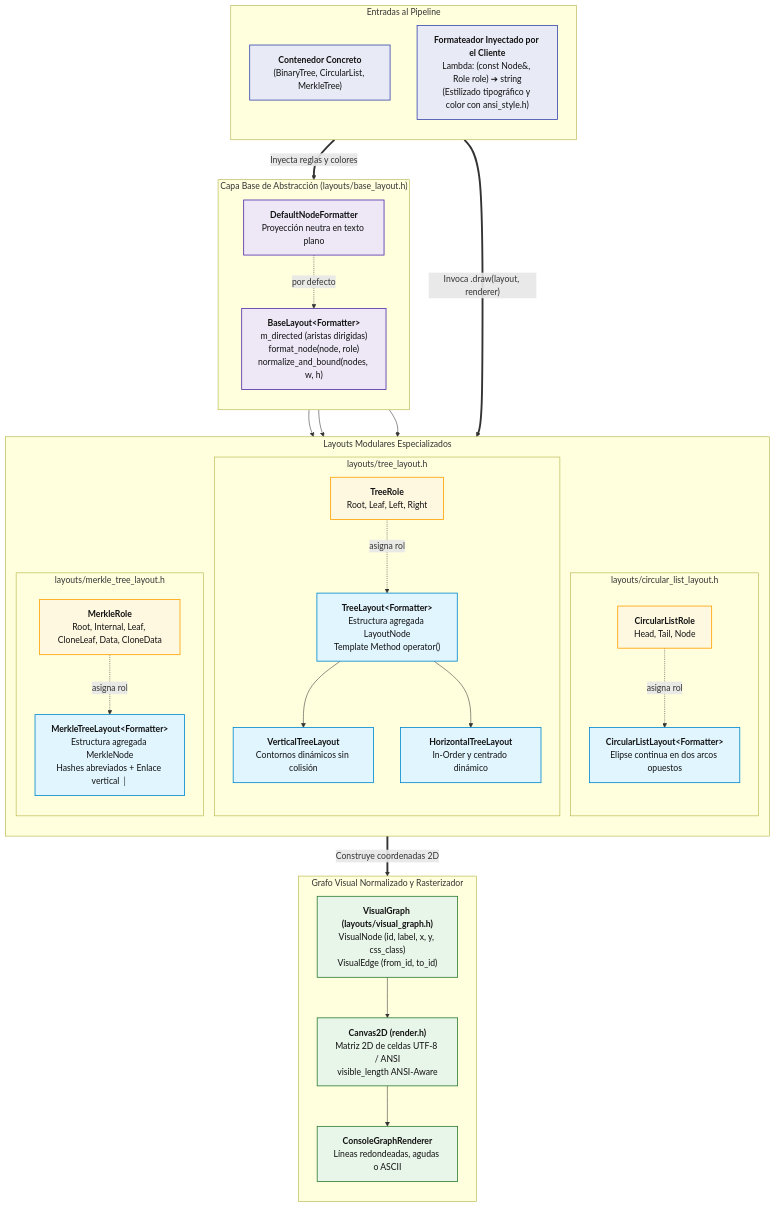
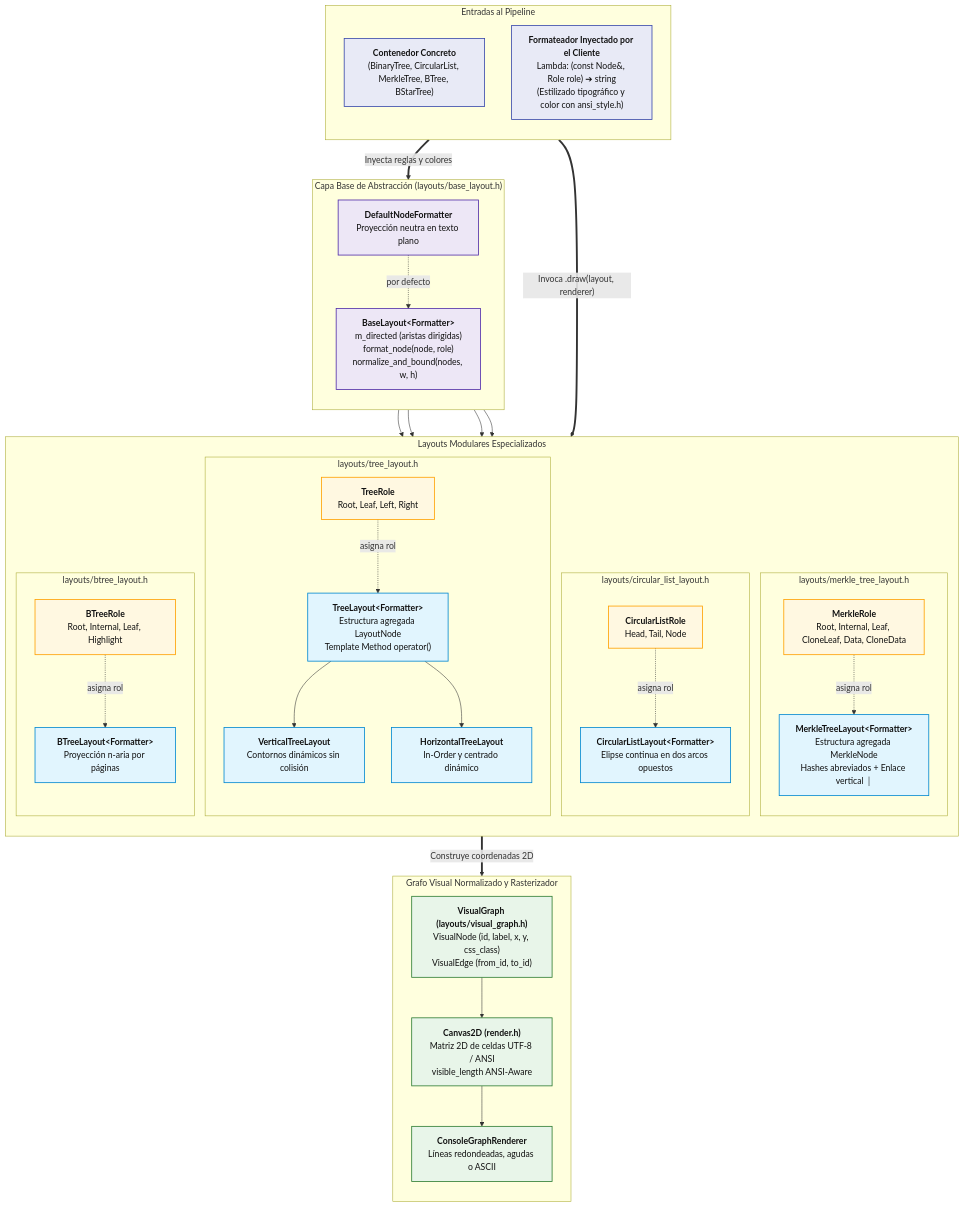
The sixth of 13 diagrams in README.md (ecuadros/2026-II-CS-UNI-CC0E5-AEDAv), drawn with Mermaid before and after one commit. The commit also changed other lines of this file and 20 other files, not shown here.

````diff
--- a/README.md
+++ b/README.md
@@ -412,68 +419,75 @@
 ```mermaid
 flowchart TB
     subgraph INPUT["Entradas al Pipeline"]
         direction TB
-        CONT["<b>Contenedor Concreto</b><br/>(BinaryTree, CircularList, MerkleTree)"]
+        CONT["<b>Contenedor Concreto</b><br/>(BinaryTree, CircularList, MerkleTree, BTree, BStarTree)"]
         FMT["<b>Formateador Inyectado por el Cliente</b><br/>Lambda: (const Node&, Role role) ➔ string<br/>(Estilizado tipográfico y color con ansi_style.h)"]
     end
 
     subgraph BASE["Capa Base de Abstracción (layouts/base_layout.h)"]
         direction TB
         BL["<b>BaseLayout#lt;Formatter#gt;</b><br/>m_directed (aristas dirigidas)<br/>format_node(node, role)<br/>normalize_and_bound(nodes, w, h)"]
         DF["<b>DefaultNodeFormatter</b><br/>Proyección neutra en texto plano"]
         DF -. "por defecto" .-> BL
     end
 
     subgraph LAYOUTS["Layouts Modulares Especializados"]
         direction TB
         subgraph TREE_MOD["layouts/tree_layout.h"]
             TL["<b>TreeLayout#lt;Formatter#gt;</b><br/>Estructura agregada LayoutNode<br/>Template Method operator()"]
             VTL["<b>VerticalTreeLayout</b><br/>Contornos dinámicos sin colisión"]
             HTL["<b>HorizontalTreeLayout</b><br/>In-Order y centrado dinámico"]
             TR["<b>TreeRole</b><br/>Root, Leaf, Left, Right"]
             TL --> VTL
             TL --> HTL
             TR -. "asigna rol" .-> TL
         end
 
         subgraph CIRC_MOD["layouts/circular_list_layout.h"]
             CLL["<b>CircularListLayout#lt;Formatter#gt;</b><br/>Elipse continua en dos arcos opuestos"]
             CLR["<b>CircularListRole</b><br/>Head, Tail, Node"]
             CLR -. "asigna rol" .-> CLL
         end
 
         subgraph MERKLE_MOD["layouts/merkle_tree_layout.h"]
             MTL["<b>MerkleTreeLayout#lt;Formatter#gt;</b><br/>Estructura agregada MerkleNode<br/>Hashes abreviados + Enlace vertical │"]
             MR["<b>MerkleRole</b><br/>Root, Internal, Leaf, CloneLeaf, Data, CloneData"]
             MR -. "asigna rol" .-> MTL
         end
 
+        subgraph BTREE_MOD["layouts/btree_layout.h"]
+            BTL["<b>BTreeLayout#lt;Formatter#gt;</b><br/>Proyección n-aria por páginas"]
+            BTR["<b>BTreeRole</b><br/>Root, Internal, Leaf, Highlight"]
+            BTR -. "asigna rol" .-> BTL
+        end
+
+        BL --> BTL
         BL --> TL
         BL --> CLL
         BL --> MTL
     end
 
     subgraph OUTPUT["Grafo Visual Normalizado y Rasterizador"]
         direction TB
         VG["<b>VisualGraph (layouts/visual_graph.h)</b><br/>VisualNode (id, label, x, y, css_class)<br/>VisualEdge (from_id, to_id)"]
         C2D["<b>Canvas2D (render.h)</b><br/>Matriz 2D de celdas UTF-8 / ANSI<br/>visible_length ANSI-Aware"]
         REND["<b>ConsoleGraphRenderer</b><br/>Líneas redondeadas, agudas o ASCII"]
         VG --> C2D --> REND
     end
 
     CONT ==>|"Invoca .draw(layout, renderer)"| LAYOUTS
     FMT ==>|"Inyecta reglas y colores"| BL
     LAYOUTS ==>|"Construye coordenadas 2D"| VG
 
     classDef input fill:#E8EAF6,stroke:#3949AB,color:#111,stroke-width:1.5px;
     classDef base fill:#EDE7F6,stroke:#512DA8,color:#111,stroke-width:1.5px;
     classDef layout fill:#E1F5FE,stroke:#0288D1,color:#111,stroke-width:1.5px;
     classDef role fill:#FFF8E1,stroke:#FFA000,color:#111,stroke-width:1.5px;
     classDef render fill:#E8F5E9,stroke:#2E7D32,color:#111,stroke-width:1.5px;
 
     class CONT,FMT input
     class BL,DF base
-    class TL,VTL,HTL,CLL,MTL layout
-    class TR,CLR,MR role
+    class TL,VTL,HTL,CLL,MTL,BTL layout
+    class TR,CLR,MR,BTR role
     class VG,C2D,REND render
 ```
````
